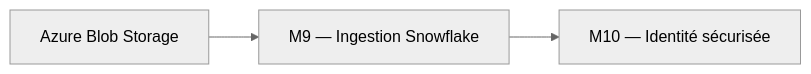
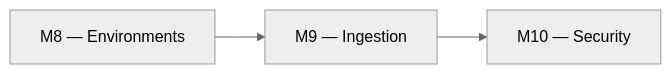
One commit to msellamiTN/Snowflake-terraform changed the first of 2 diagrams in courses/day-03/module-09-snowflake-advanced/lab.md. Above: the diagram before and after it, drawn with Mermaid (neutral theme). The commit also changed other lines of this file and 10 other files, not shown here.

````diff
--- a/courses/day-03/module-09-snowflake-advanced/lab.md
+++ b/courses/day-03/module-09-snowflake-advanced/lab.md
@@ -15,5 +18,5 @@
 ```mermaid
 flowchart LR
-    BLOB[Azure Blob Storage] --> M9[M9 — Ingestion Snowflake]
-    M9 --> M10[M10 — Identité sécurisée]
+    M8[M8 — Environments] --> M9[M9 — Ingestion]
+    M9 --> M10[M10 — Security]
 ```
````
